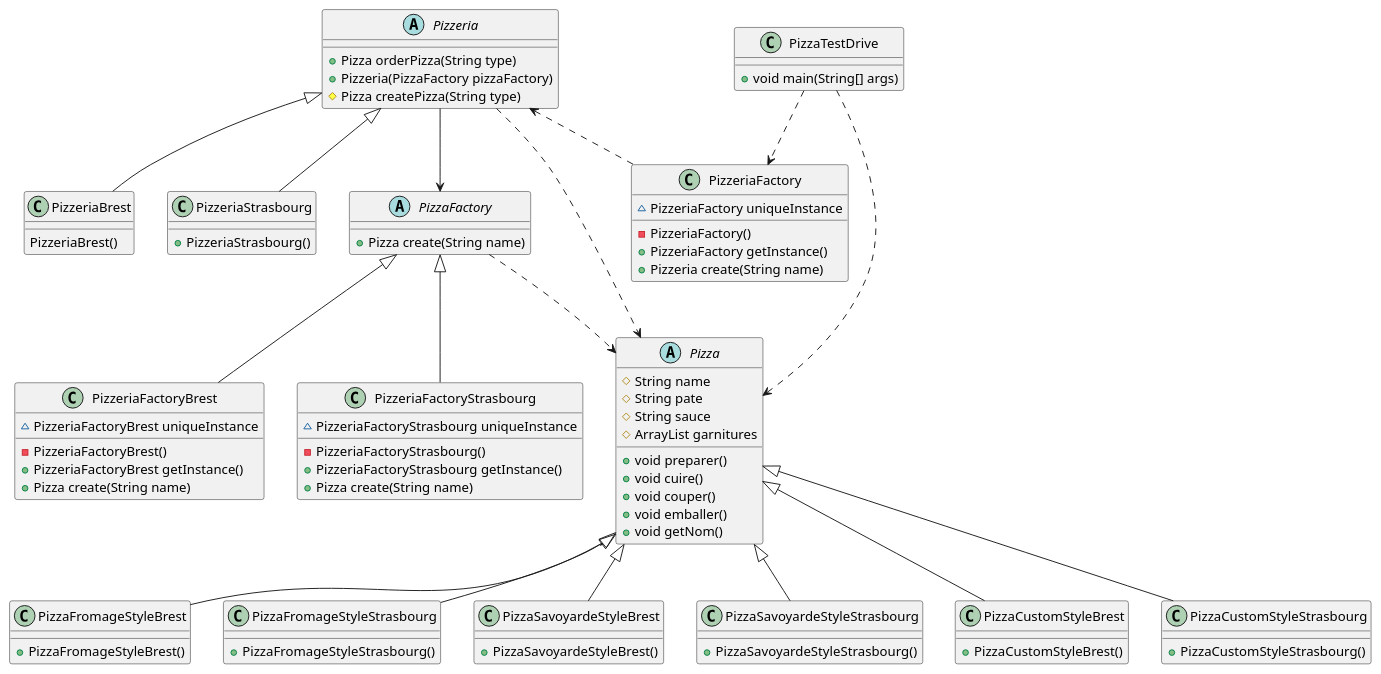
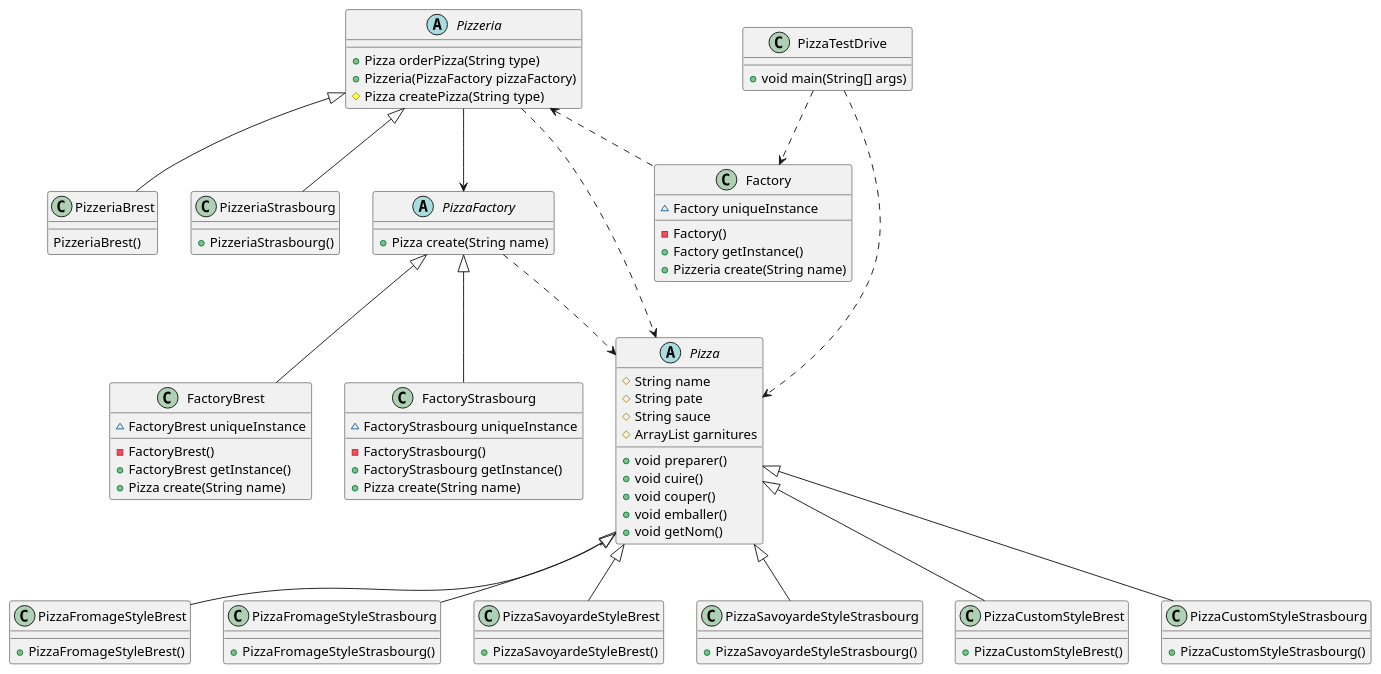
Before and after one commit to IUT-Blagnac/cpoa-tp3-auguimann: the diagram in docs/TP3.plantuml, drawn with PlantUML. The commit also changed 1 other file, not shown here.

Commit message:
maj plantUML

```diff
--- a/docs/TP3.plantuml
+++ b/docs/TP3.plantuml
@@ -1,105 +1,105 @@
 @startuml
 
 ' package ""
-abstract Pizza
-abstract Pizzeria
-abstract PizzaFactory
+abstract class Pizza
+abstract class Pizzeria
+abstract class PizzaFactory
 class PizzeriaBrest
 class PizzeriaStrasbourg
-class PizzeriaFactory
-class PizzeriaFactoryBrest
-class PizzeriaFactoryStrasbourg
+class Factory
+class FactoryBrest
+class FactoryStrasbourg
 class PizzaFromageStyleBrest
 class PizzaFromageStyleStrasbourg
 class PizzaSavoyardeStyleBrest
 class PizzaSavoyardeStyleStrasbourg
 class PizzaCustomStyleBrest
 class PizzaCustomStyleStrasbourg
 class PizzaTestDrive
 ' end package
 
-Pizza  <|-- "PizzaFromageStyleBrest" 
+Pizza  <|-- "PizzaFromageStyleBrest"
 Pizza  <|-- "PizzaFromageStyleStrasbourg"
-Pizza  <|-- "PizzaSavoyardeStyleBrest" 
+Pizza  <|-- "PizzaSavoyardeStyleBrest"
 Pizza  <|-- "PizzaSavoyardeStyleStrasbourg"
-Pizza  <|-- "PizzaCustomStyleBrest" 
+Pizza  <|-- "PizzaCustomStyleBrest"
 Pizza  <|-- "PizzaCustomStyleStrasbourg"
-Pizzeria --> PizzaFactory 
+Pizzeria --> PizzaFactory
 Pizzeria ..> Pizza
 Pizzeria <|-- PizzeriaBrest
 Pizzeria <|-- PizzeriaStrasbourg
-Pizzeria <.. PizzeriaFactory 
+Pizzeria <.. Factory
 PizzaTestDrive ..> Pizza
-PizzaTestDrive ..> PizzeriaFactory  
+PizzaTestDrive ..> Factory
 PizzaFactory ..> Pizza
-PizzaFactory <|-- PizzeriaFactoryBrest
-PizzaFactory <|-- PizzeriaFactoryStrasbourg
+PizzaFactory <|-- FactoryBrest
+PizzaFactory <|-- FactoryStrasbourg
 ' content
 ' -------
 
 ' Pizza:
 Pizza : #String name
 Pizza : #String pate 
 Pizza : #String sauce
 Pizza : #ArrayList garnitures
 Pizza : +void preparer()
 Pizza : +void cuire()
 Pizza : +void couper()
 Pizza : +void emballer()
 Pizza : +void getNom()
 
 
 ' PizzaFromageStyleStrasbourg:
 PizzaFromageStyleStrasbourg : +PizzaFromageStyleStrasbourg()
 
 ' PizzaFromageStyleBrest:
 PizzaFromageStyleBrest : +PizzaFromageStyleBrest()
 
 ' PizzaSavoyardeStyleStrasbourg:
 PizzaSavoyardeStyleStrasbourg : +PizzaSavoyardeStyleStrasbourg()
 
 ' PizzaSavoyardeStyleBrest:
 PizzaSavoyardeStyleBrest : +PizzaSavoyardeStyleBrest()
 
 ' PizzaCustomStyleStrasbourg:
 PizzaCustomStyleStrasbourg : +PizzaCustomStyleStrasbourg()
 
 ' PizzaCustomStyleBrest:
 PizzaCustomStyleBrest : +PizzaCustomStyleBrest()
 
 'PizzaTestDrive:
 PizzaTestDrive : +void main(String[] args)
 
-'PizzeriaFactory:
-PizzeriaFactory : ~PizzeriaFactory uniqueInstance
-PizzeriaFactory : -PizzeriaFactory()
-PizzeriaFactory : +PizzeriaFactory getInstance()
-PizzeriaFactory : +Pizzeria create(String name)
+'Factory:
+Factory : ~Factory uniqueInstance
+Factory : -Factory()
+Factory : +Factory getInstance()
+Factory : +Pizzeria create(String name)
 
 'Pizzeria:
 Pizzeria : +Pizza orderPizza(String type)
 Pizzeria : +Pizzeria(PizzaFactory pizzaFactory)
 Pizzeria : #Pizza createPizza(String type)
 
 'PizzaFactory:
 PizzaFactory : +Pizza create(String name)
 
 'PizzeriaStrasbourg:
 PizzeriaStrasbourg : +PizzeriaStrasbourg()
 
 'PizzeriaBrest:
 PizzeriaBrest : PizzeriaBrest()
 
-'PizzeriaFactoryStrasbourg:
-PizzeriaFactoryStrasbourg : ~PizzeriaFactoryStrasbourg uniqueInstance
-PizzeriaFactoryStrasbourg : -PizzeriaFactoryStrasbourg()
-PizzeriaFactoryStrasbourg : +PizzeriaFactoryStrasbourg getInstance()
-PizzeriaFactoryStrasbourg : +Pizza create(String name)
+'FactoryStrasbourg:
+FactoryStrasbourg : ~FactoryStrasbourg uniqueInstance
+FactoryStrasbourg : -FactoryStrasbourg()
+FactoryStrasbourg : +FactoryStrasbourg getInstance()
+FactoryStrasbourg : +Pizza create(String name)
 
-'PizzeriaFactoryBrest:
-PizzeriaFactoryBrest : ~PizzeriaFactoryBrest uniqueInstance
-PizzeriaFactoryBrest : -PizzeriaFactoryBrest()
-PizzeriaFactoryBrest : +PizzeriaFactoryBrest getInstance()
-PizzeriaFactoryBrest : +Pizza create(String name)
+'FactoryBrest:
+FactoryBrest : ~FactoryBrest uniqueInstance
+FactoryBrest : -FactoryBrest()
+FactoryBrest : +FactoryBrest getInstance()
+FactoryBrest : +Pizza create(String name)
 
 @enduml
```
